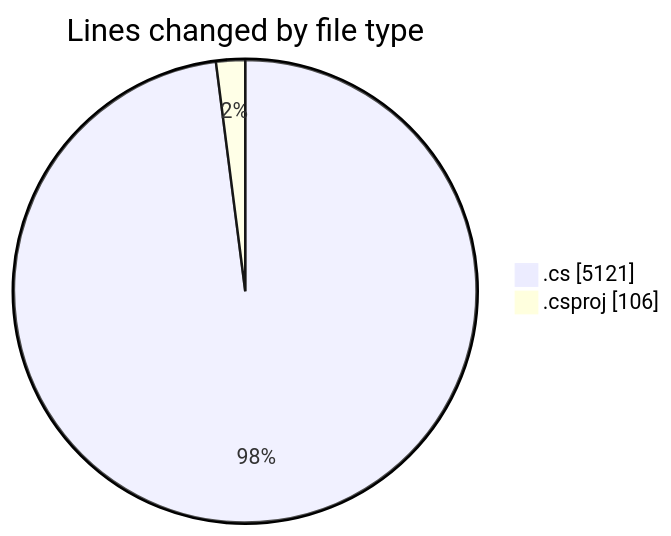
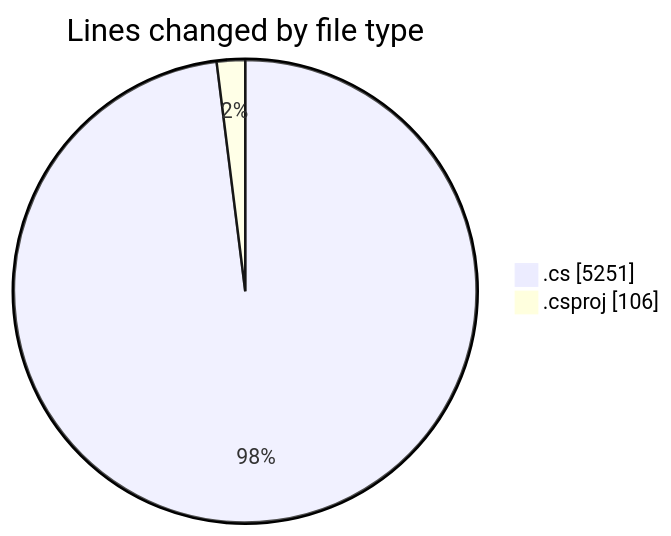
Before and after one commit to Netris89/code-tracking: the first of 2 diagrams in 2025-04-02/back-end/README.md, drawn with Mermaid. The commit also changed other lines of this file and 1 other file, not shown here.

````diff
--- a/2025-04-02/back-end/README.md
+++ b/2025-04-02/back-end/README.md
@@ -35,6 +36,6 @@
 ```mermaid
 pie showData
 title Lines changed by file type
-".cs" : 5121
+".cs" : 5251
 ".csproj" : 106
 ```
````
